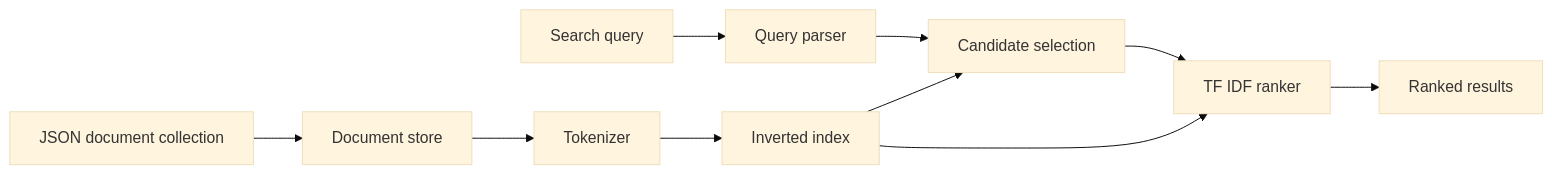
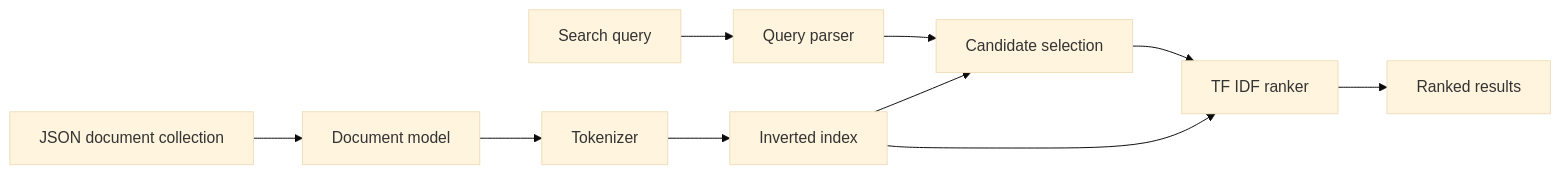
Before and after one commit to MugdhoAI/search-engine: the diagram in README.md, drawn with Mermaid (base theme). The commit also changed other lines of this file, not shown here.

````diff
--- a/README.md
+++ b/README.md
@@ -15,12 +35,12 @@
 ```mermaid
 flowchart LR
-    A[JSON document collection] --> B[Document store]
+    A[JSON document collection] --> B[Document model]
     B --> C[Tokenizer]
     C --> D[Inverted index]
     E[Search query] --> F[Query parser]
     F --> G[Candidate selection]
     D --> G
     G --> H[TF IDF ranker]
     D --> H
     H --> I[Ranked results]
 ```
````
